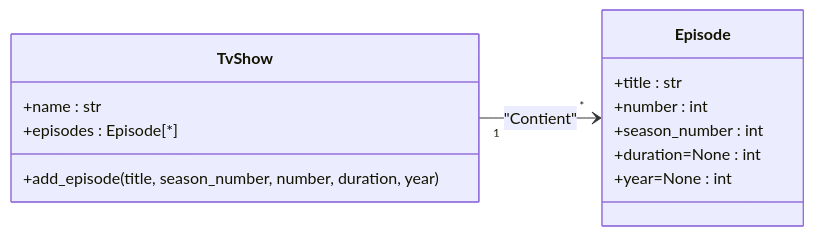
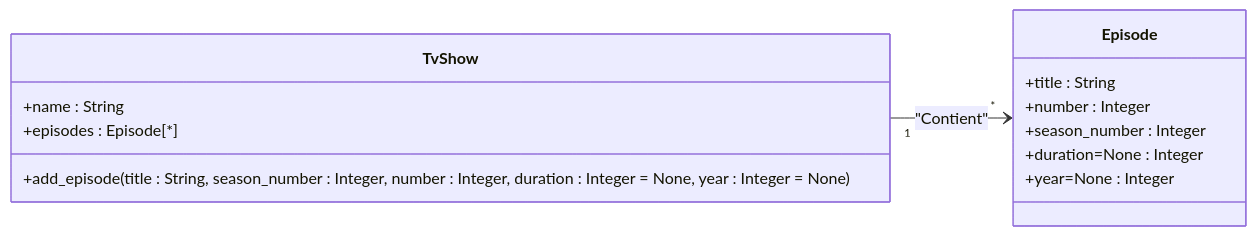
Before and after one commit to darko-itpro/formation-Python_fondamentaux: the diagram in docs/fr/activities/oop/modele_objet.md, drawn with Mermaid. The commit also changed other lines of this file and 3 other files, not shown here.

````diff
--- a/docs/fr/activities/oop/modele_objet.md
+++ b/docs/fr/activities/oop/modele_objet.md
@@ -8,17 +8,17 @@
 ```mermaid
 classDiagram
     direction LR
     class TvShow{
-        +name : str
+        +name : String
         +episodes : Episode[*] 
-        +add_episode(title, season_number, number, duration, year)
+        +add_episode(title : String, season_number : Integer, number : Integer, duration : Integer = None, year : Integer = None)
     }
     class Episode{
-        +title : str
-        +number : int
-        +season_number : int
-        +duration=None : int
-        +year=None : int
+        +title : String
+        +number : Integer
+        +season_number : Integer
+        +duration=None : Integer
+        +year=None : Integer
     }
     TvShow "1" --> "*" Episode : "Contient"
 ```
````
